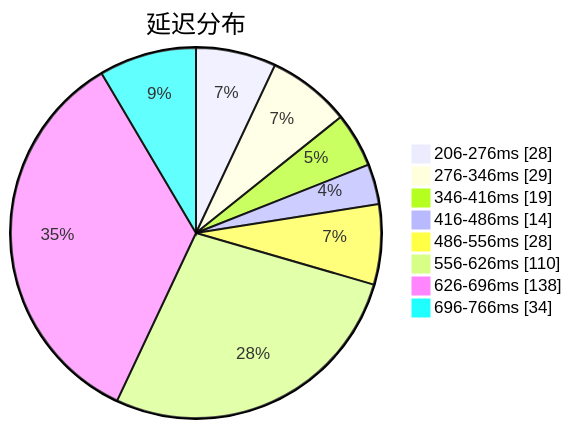
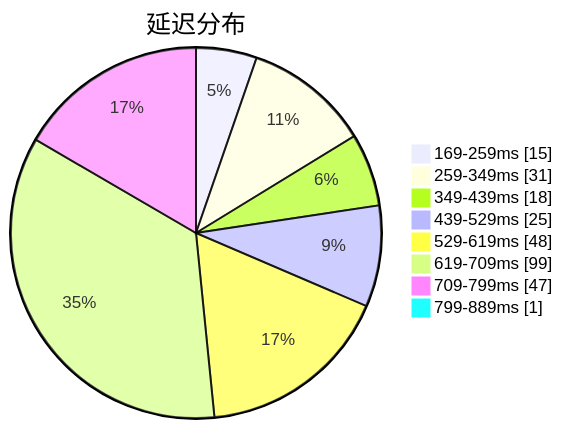
One commit to qjlxg/airport changed the first of 3 diagrams in subs/statistics/tested_within.md. Above: the diagram before and after it, drawn with Mermaid. The commit also changed other lines of this file and 2 other files, not shown here.

Commit message:
Tested by metaST

````diff
--- a/subs/statistics/tested_within.md
+++ b/subs/statistics/tested_within.md
@@ -2,12 +2,12 @@
 ```mermaid
 pie showData
 title 延迟分布
-"206-276ms" : 28
-"276-346ms" : 29
-"346-416ms" : 19
-"416-486ms" : 14
-"486-556ms" : 28
-"556-626ms" : 110
-"626-696ms" : 138
-"696-766ms" : 34
+"169-259ms" : 15
+"259-349ms" : 31
+"349-439ms" : 18
+"439-529ms" : 25
+"529-619ms" : 48
+"619-709ms" : 99
+"709-799ms" : 47
+"799-889ms" : 1
 ```
````
